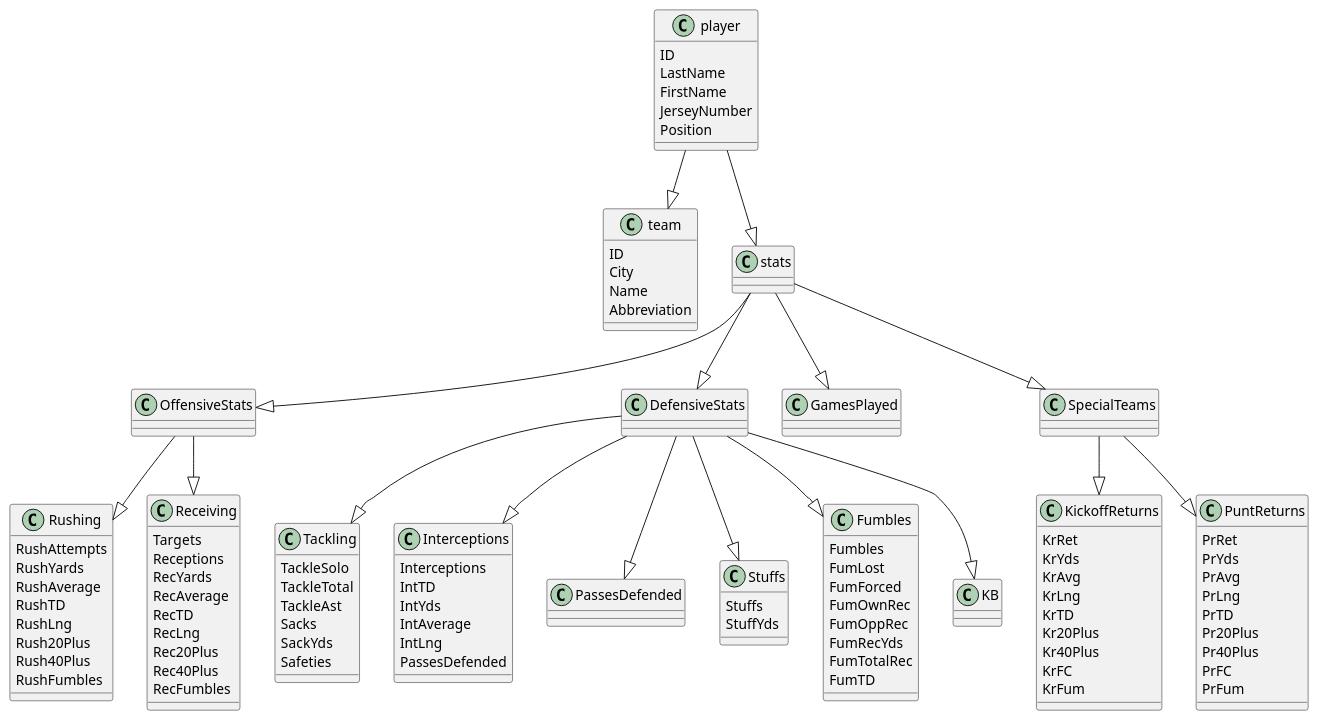
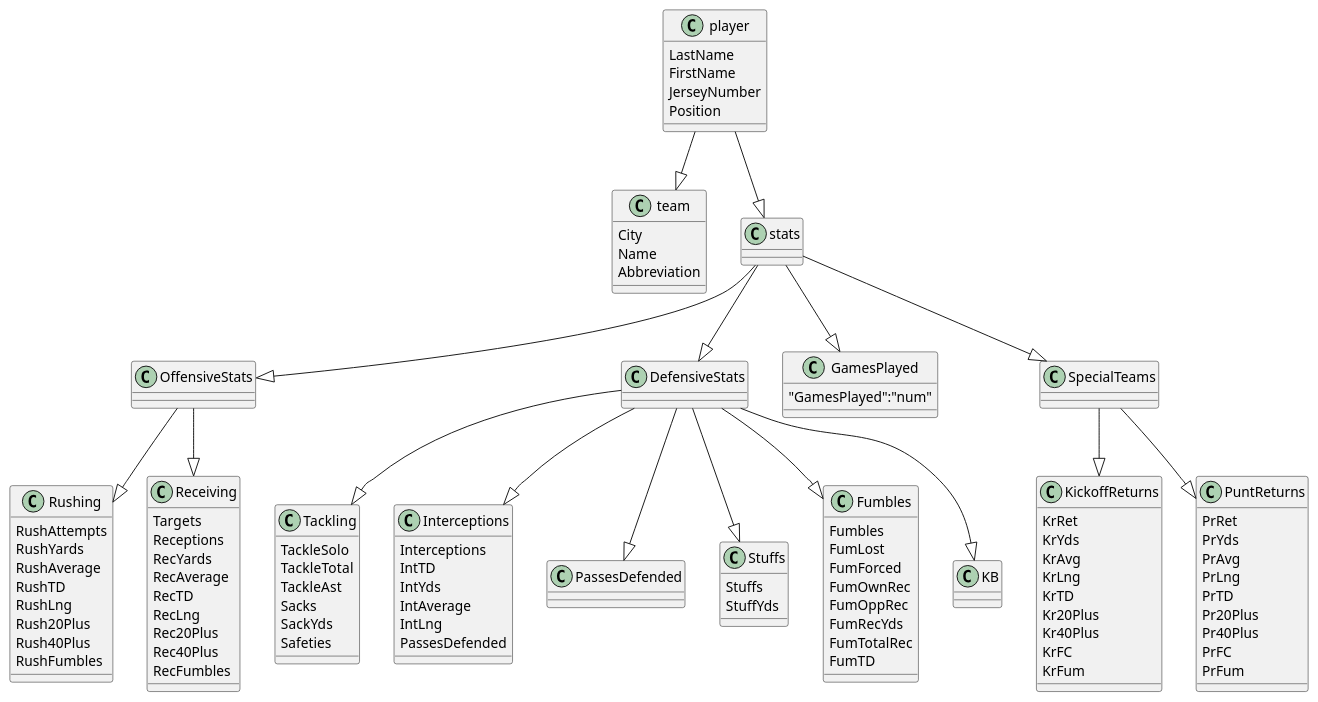
The diagram in src/main/LS_stats.puml (aarce104/SportsAnalyticsSoftware), drawn with PlantUML before and after one commit. The commit also changed 1 other file, not shown here.

```diff
--- a/src/main/LS_stats.puml
+++ b/src/main/LS_stats.puml
@@ -1,127 +1,129 @@
 @startuml
 
 class player
 class team
 class stats
 class OffensiveStats
 class DefensiveStats
 
 
 player --|> team
 player --|> stats
 stats --|> GamesPlayed
 stats --|> OffensiveStats
 stats --|> DefensiveStats
 stats --|> SpecialTeams
 OffensiveStats --|> Rushing
 OffensiveStats --|> Receiving
 DefensiveStats --|> Tackling
 DefensiveStats --|> Interceptions
 DefensiveStats --|> PassesDefended
 DefensiveStats --|> Stuffs
 DefensiveStats --|> Fumbles
 DefensiveStats --|> KB
 SpecialTeams --|> KickoffReturns
 SpecialTeams --|> PuntReturns
 
 class player {
-ID
 LastName
 FirstName
 JerseyNumber
 Position
 }
 
 class team {
-ID
 City
 Name
 Abbreviation
+}
+
+class GamesPlayed {
+"GamesPlayed":"num"
 }
 
 class Receiving {
 Targets
 Receptions
 RecYards
 RecAverage
 RecTD
 RecLng
 Rec20Plus
 Rec40Plus
 RecFumbles
 }
 
 class Rushing {
 RushAttempts
 RushYards
 RushAverage
 RushTD
 RushLng
 Rush20Plus
 Rush40Plus
 RushFumbles
 }
 
 class Tackling {
 TackleSolo
 TackleTotal
 TackleAst
 Sacks
 SackYds
 Safeties
 }
 
 class Interceptions {
 Interceptions
 IntTD
 IntYds
 IntAverage
 IntLng
 PassesDefended
 }
 
 class Fumbles {
 Fumbles
 FumLost
 FumForced
 FumOwnRec
 FumOppRec
 FumRecYds
 FumTotalRec
 FumTD
 }
 
 class SpecialTeams {
 
 }
 
 class KickoffReturns {
 KrRet
 KrYds
 KrAvg
 KrLng
 KrTD
 Kr20Plus
 Kr40Plus
 KrFC
 KrFum
 }
 
 class PuntReturns {
 PrRet
 PrYds
 PrAvg
 PrLng
 PrTD
 Pr20Plus
 Pr40Plus
 PrFC
 PrFum
 }
 
 class Stuffs {
 Stuffs
 StuffYds
 }
 
 @enduml
```
